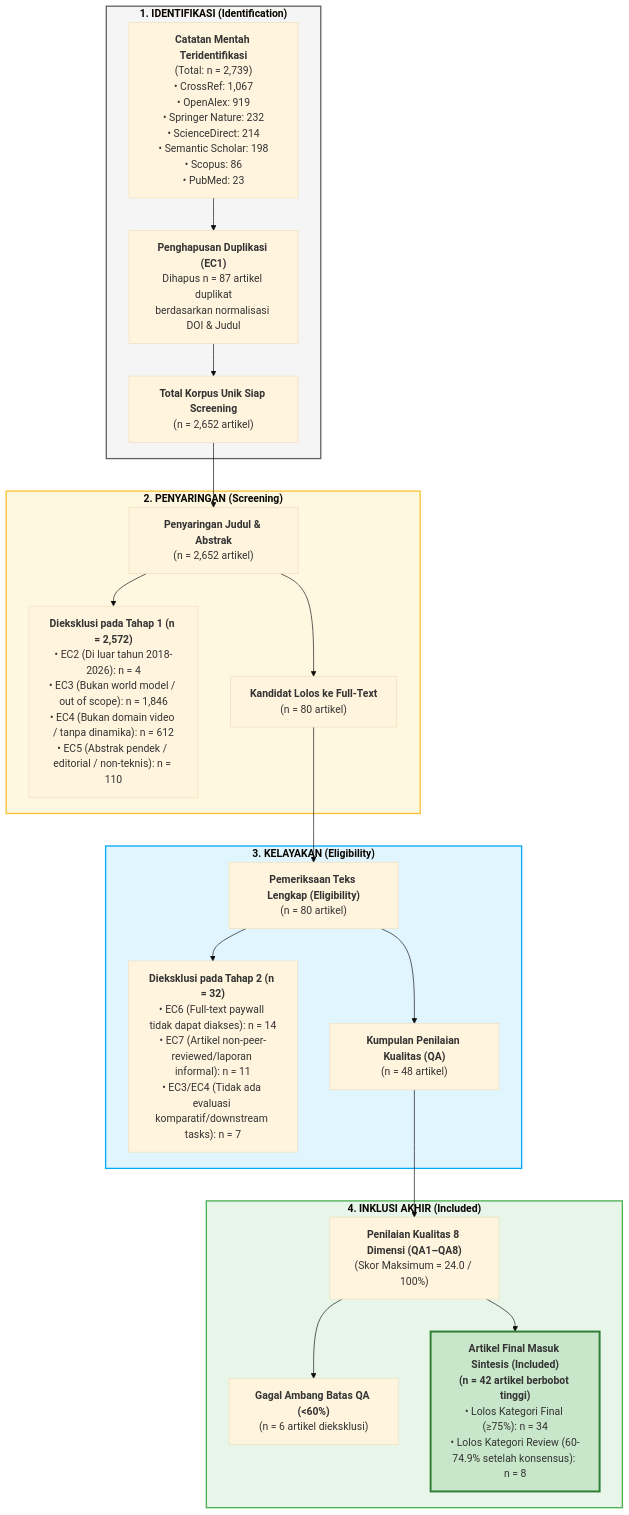
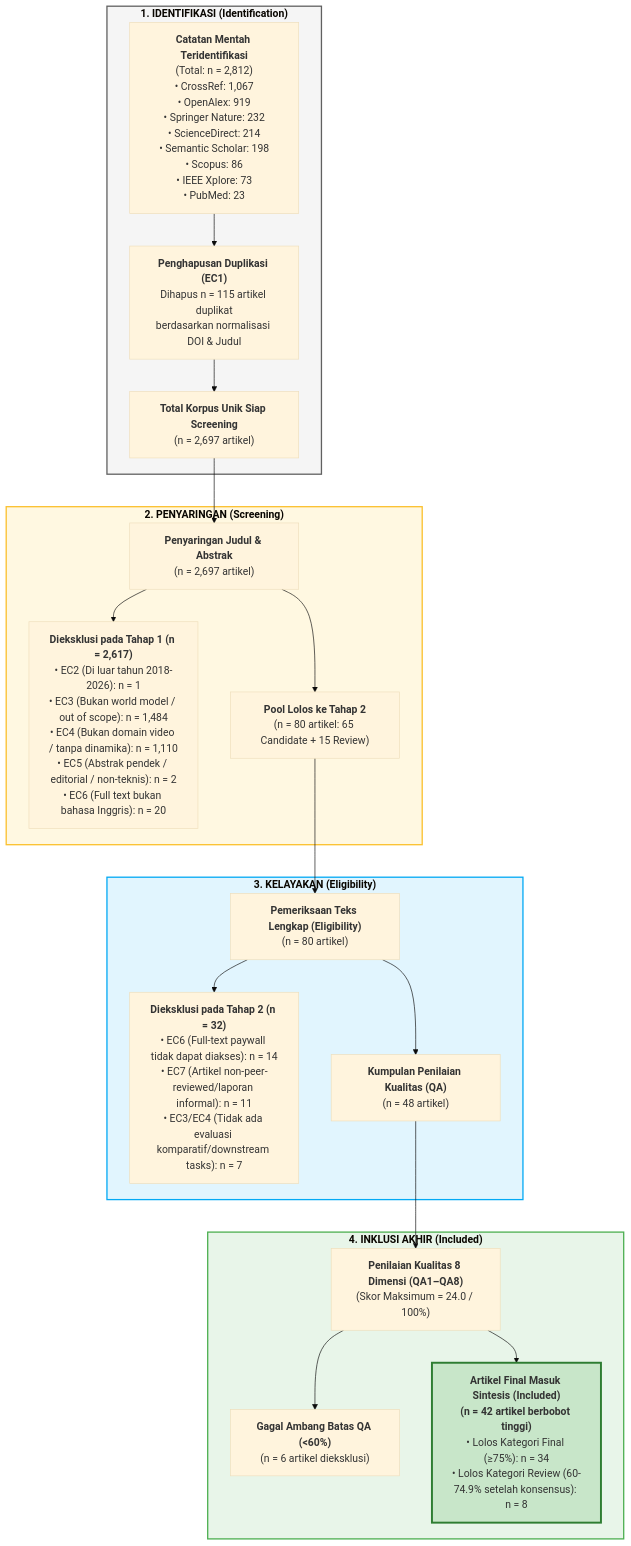
Before and after one commit to aryarefman/penulisan-ilmiah: the second of 2 diagrams in 02_STRATEGI_PENCARIAN_DAN_PRISMA.md, drawn with Mermaid (base theme). The commit also changed other lines of this file and 18 other files, not shown here.

````diff
--- a/02_STRATEGI_PENCARIAN_DAN_PRISMA.md
+++ b/02_STRATEGI_PENCARIAN_DAN_PRISMA.md
@@ -61,42 +61,42 @@
 ```mermaid
 flowchart TD
     subgraph IDENTIFIKASI ["<b>1. IDENTIFIKASI (Identification)</b>"]
-        Raw["<b>Catatan Mentah Teridentifikasi</b><br>(Total: n = 2,739)<br>• CrossRef: 1,067<br>• OpenAlex: 919<br>• Springer Nature: 232<br>• ScienceDirect: 214<br>• Semantic Scholar: 198<br>• Scopus: 86<br>• PubMed: 23"]
-        Dedup["<b>Penghapusan Duplikasi (EC1)</b><br>Dihapus n = 87 artikel duplikat<br>berdasarkan normalisasi DOI & Judul"]
-        Unique["<b>Total Korpus Unik Siap Screening</b><br>(n = 2,652 artikel)"]
+        Raw["<b>Catatan Mentah Teridentifikasi</b><br>(Total: n = 2,812)<br>• CrossRef: 1,067<br>• OpenAlex: 919<br>• Springer Nature: 232<br>• ScienceDirect: 214<br>• Semantic Scholar: 198<br>• Scopus: 86<br>• IEEE Xplore: 73<br>• PubMed: 23"]
+        Dedup["<b>Penghapusan Duplikasi (EC1)</b><br>Dihapus n = 115 artikel duplikat<br>berdasarkan normalisasi DOI & Judul"]
+        Unique["<b>Total Korpus Unik Siap Screening</b><br>(n = 2,697 artikel)"]
         Raw --> Dedup --> Unique
     end
 
     subgraph PENYARINGAN ["<b>2. PENYARINGAN (Screening)</b>"]
-        Screened["<b>Penyaringan Judul & Abstrak</b><br>(n = 2,652 artikel)"]
-        Excluded1["<b>Dieksklusi pada Tahap 1 (n = 2,572)</b><br>• EC2 (Di luar tahun 2018-2026): n = 4<br>• EC3 (Bukan world model / out of scope): n = 1,846<br>• EC4 (Bukan domain video / tanpa dinamika): n = 612<br>• EC5 (Abstrak pendek / editorial / non-teknis): n = 110"]
-        Candidates["<b>Kandidat Lolos ke Full-Text</b><br>(n = 80 artikel)"]
+        Screened["<b>Penyaringan Judul & Abstrak</b><br>(n = 2,697 artikel)"]
+        Excluded1["<b>Dieksklusi pada Tahap 1 (n = 2,617)</b><br>• EC2 (Di luar tahun 2018-2026): n = 1<br>• EC3 (Bukan world model / out of scope): n = 1,484<br>• EC4 (Bukan domain video / tanpa dinamika): n = 1,110<br>• EC5 (Abstrak pendek / editorial / non-teknis): n = 2<br>• EC6 (Full text bukan bahasa Inggris): n = 20"]
+        Candidates["<b>Pool Lolos ke Tahap 2</b><br>(n = 80 artikel: 65 Candidate + 15 Review)"]
         Unique --> Screened
         Screened --> Excluded1
         Screened --> Candidates
     end
 
     subgraph KELAYAKAN ["<b>3. KELAYAKAN (Eligibility)</b>"]
         FullText["<b>Pemeriksaan Teks Lengkap (Eligibility)</b><br>(n = 80 artikel)"]
         Excluded2["<b>Dieksklusi pada Tahap 2 (n = 32)</b><br>• EC6 (Full-text paywall tidak dapat diakses): n = 14<br>• EC7 (Artikel non-peer-reviewed/laporan informal): n = 11<br>• EC3/EC4 (Tidak ada evaluasi komparatif/downstream tasks): n = 7"]
         QA_Pool["<b>Kumpulan Penilaian Kualitas (QA)</b><br>(n = 48 artikel)"]
         Candidates --> FullText
         FullText --> Excluded2
         FullText --> QA_Pool
     end
 
     subgraph INKLUSI ["<b>4. INKLUSI AKHIR (Included)</b>"]
         QA_Eval["<b>Penilaian Kualitas 8 Dimensi (QA1–QA8)</b><br>(Skor Maksimum = 24.0 / 100%)"]
         QA_Excluded["<b>Gagal Ambang Batas QA (&lt;60%)</b><br>(n = 6 artikel dieksklusi)"]
         Included["<b>Artikel Final Masuk Sintesis (Included)</b><br><b>(n = 42 artikel berbobot tinggi)</b><br>• Lolos Kategori Final (&ge;75%): n = 34<br>• Lolos Kategori Review (60-74.9% setelah konsensus): n = 8"]
         QA_Pool --> QA_Eval
         QA_Eval --> QA_Excluded
         QA_Eval --> Included
     end
 
     style IDENTIFIKASI fill:#f5f5f5,stroke:#616161,stroke-width:2px
     style PENYARINGAN fill:#fff8e1,stroke:#fbc02d,stroke-width:2px
     style KELAYAKAN fill:#e1f5fe,stroke:#03a9f4,stroke-width:2px
     style INKLUSI fill:#e8f5e9,stroke:#4caf50,stroke-width:2px
     style Included fill:#c8e6c9,stroke:#2e7d32,stroke-width:3px
 ```
````
